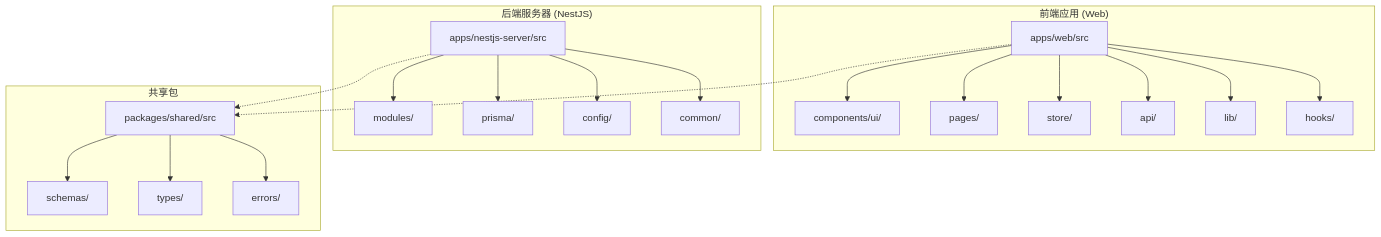
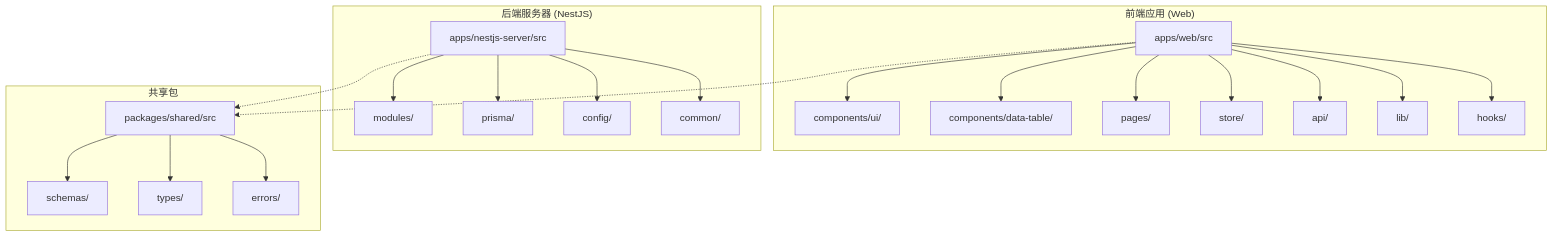
The first of 12 diagrams in .qoder/repowiki/zh/content/开发工具/Shadcn_UI 技能系统.md (translateServers/nodes-stack), drawn with Mermaid before and after one commit. The commit also changed other lines of this file and 9 other files, not shown here.

````diff
--- a/.qoder/repowiki/zh/content/开发工具/Shadcn_UI 技能系统.md
+++ b/.qoder/repowiki/zh/content/开发工具/Shadcn_UI 技能系统.md
@@ -65,24 +69,25 @@
 ```mermaid
 graph TB
 subgraph "前端应用 (Web)"
 A[apps/web/src] --> A1[components/ui/]
-A --> A2[pages/]
-A --> A3[store/]
-A --> A4[api/]
-A --> A5[lib/]
-A --> A6[hooks/]
+A --> A2[components/data-table/]
+A --> A3[pages/]
+A --> A4[store/]
+A --> A5[api/]
+A --> A6[lib/]
+A --> A7[hooks/]
 end
 subgraph "后端服务器 (NestJS)"
 B[apps/nestjs-server/src] --> B1[modules/]
 B --> B2[prisma/]
 B --> B3[config/]
 B --> B4[common/]
 end
 subgraph "共享包"
 C[packages/shared/src] --> C1[schemas/]
 C --> C2[types/]
 C --> C3[errors/]
 end
 A -.-> C
 B -.-> C
 ```
````
